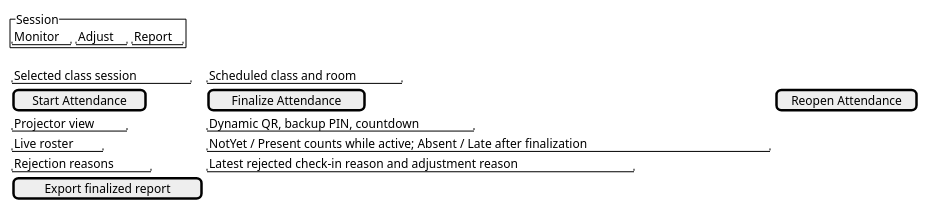
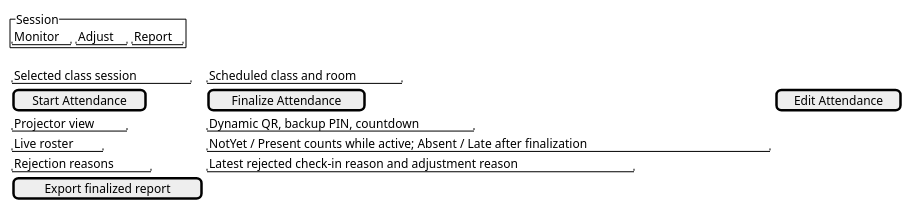
The fifth of 26 diagrams in docs/rds/2_Analysis.md (nttung42/SWD392), drawn with PlantUML before and after one commit. The commit also changed other lines of this file and 3 other files, not shown here.

````diff
--- a/docs/rds/2_Analysis.md
+++ b/docs/rds/2_Analysis.md
@@ -265,15 +265,15 @@
 ```plantuml
 @startsalt
 {
   {^"Session" | "Monitor" | "Adjust" | "Report"}
   {
     "Selected class session" | "Scheduled class and room"
-    [Start Attendance] | [Finalize Attendance] | [Reopen Attendance]
+    [Start Attendance] | [Finalize Attendance] | [Edit Attendance]
     "Projector view" | "Dynamic QR, backup PIN, countdown"
     "Live roster" | "NotYet / Present counts while active; Absent / Late after finalization"
     "Rejection reasons" | "Latest rejected check-in reason and adjustment reason"
     [Export finalized report]
   }
 }
 @endsalt
 ```
````
